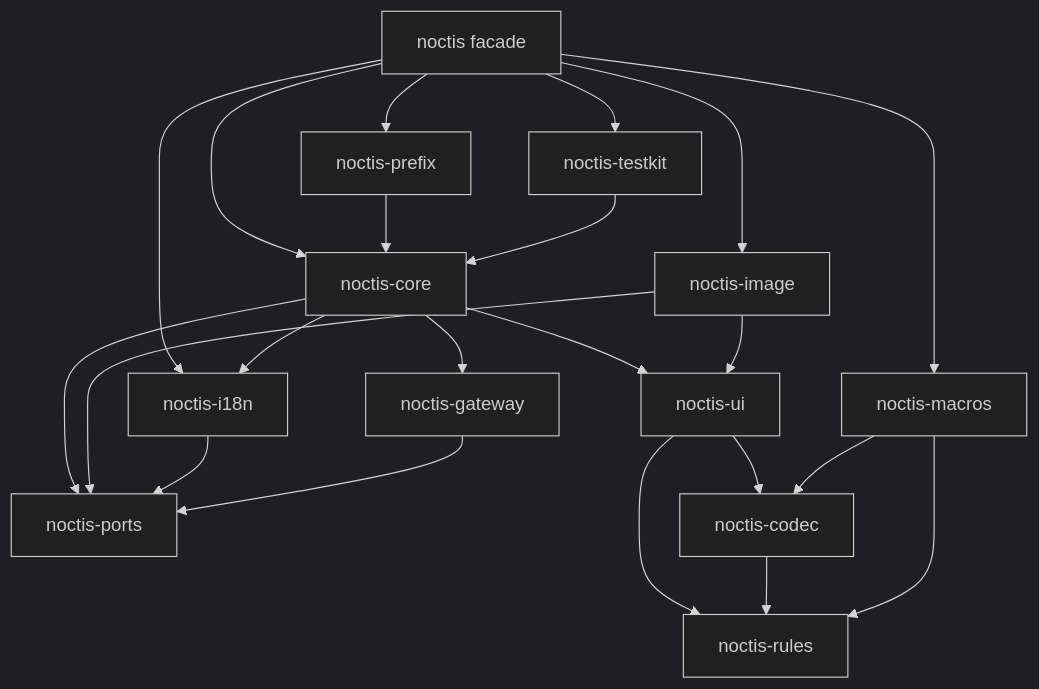
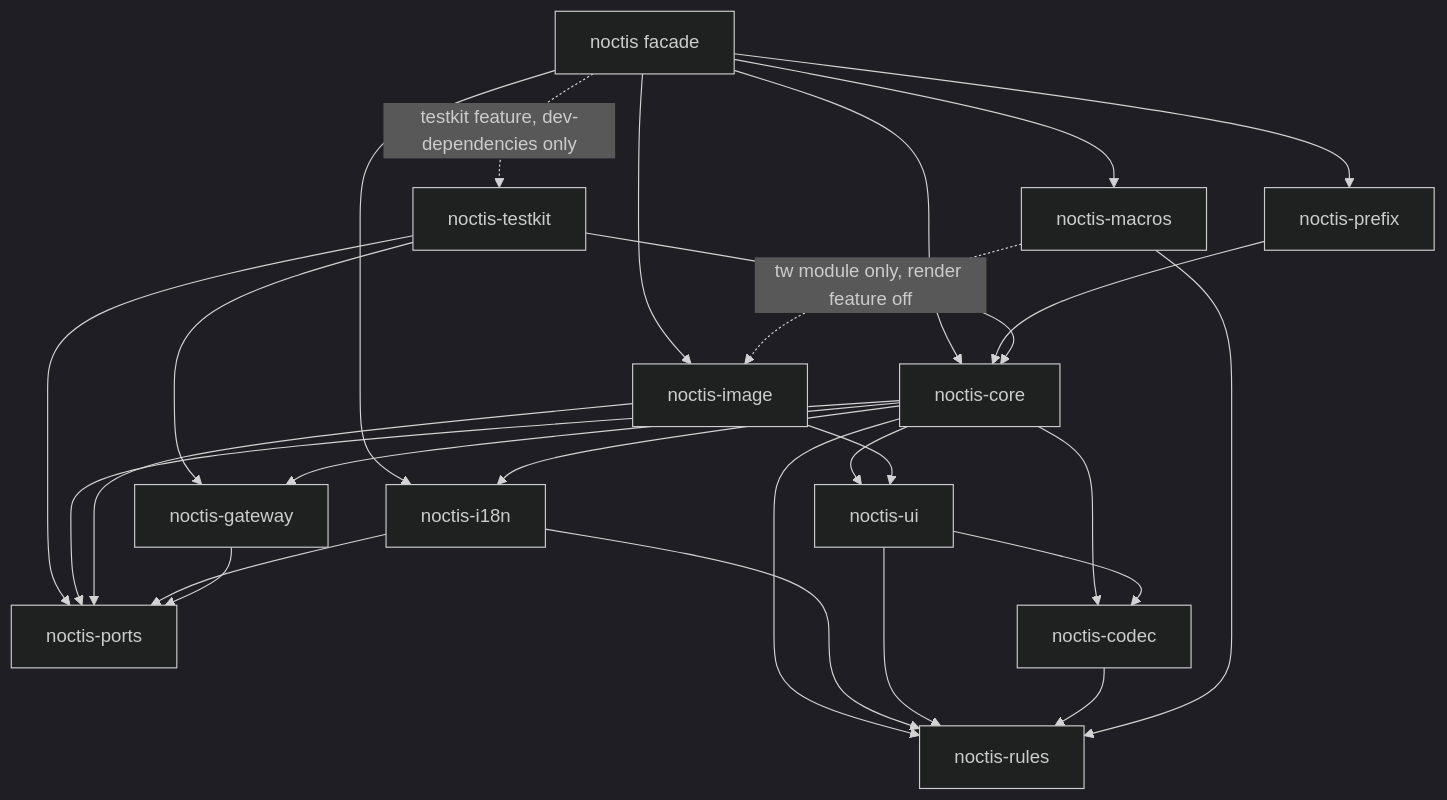
One commit to ErdemGKSL/noctis-rs changed the first of 2 diagrams in _bmad-output/planning-artifacts/architecture/architecture-noctis-rs-2026-10-19/ARCHITECTURE-SPINE.md. Above: the diagram before and after it, drawn with Mermaid (dark theme). The commit also changed other lines of this file and 5 other files, not shown here.

First line of the commit message:
Finalize noctis architecture spine (29 ADs) and align rules catalog and PRD

````diff
--- a/_bmad-output/planning-artifacts/architecture/architecture-noctis-rs-2026-10-19/ARCHITECTURE-SPINE.md
+++ b/_bmad-output/planning-artifacts/architecture/architecture-noctis-rs-2026-10-19/ARCHITECTURE-SPINE.md
@@ -45,24 +50,29 @@
 ```mermaid
 graph TD
   noctis[noctis facade] --> core[noctis-core]
   noctis --> macros[noctis-macros]
   noctis --> image[noctis-image]
   noctis --> i18n[noctis-i18n]
   noctis --> prefix[noctis-prefix]
-  noctis --> testkit[noctis-testkit]
+  noctis -.->|testkit feature, dev-dependencies only| testkit[noctis-testkit]
   prefix --> core
   testkit --> core
+  testkit --> gateway
+  testkit --> ports
   core --> gateway[noctis-gateway]
+  core --> i18n
   core --> ui[noctis-ui]
   core --> ports[noctis-ports]
-  core --> i18n
+  core --> codec[noctis-codec]
+  core --> rules[noctis-rules]
+  image --> ui
   image --> ports
-  image --> ui
   i18n --> ports
+  i18n --> rules
   gateway --> ports
-  ui --> codec[noctis-codec]
-  ui --> rules[noctis-rules]
+  ui --> codec
+  ui --> rules
   codec --> rules
   macros --> rules
-  macros --> codec
+  macros -.->|tw module only, render feature off| image
 ```
````
